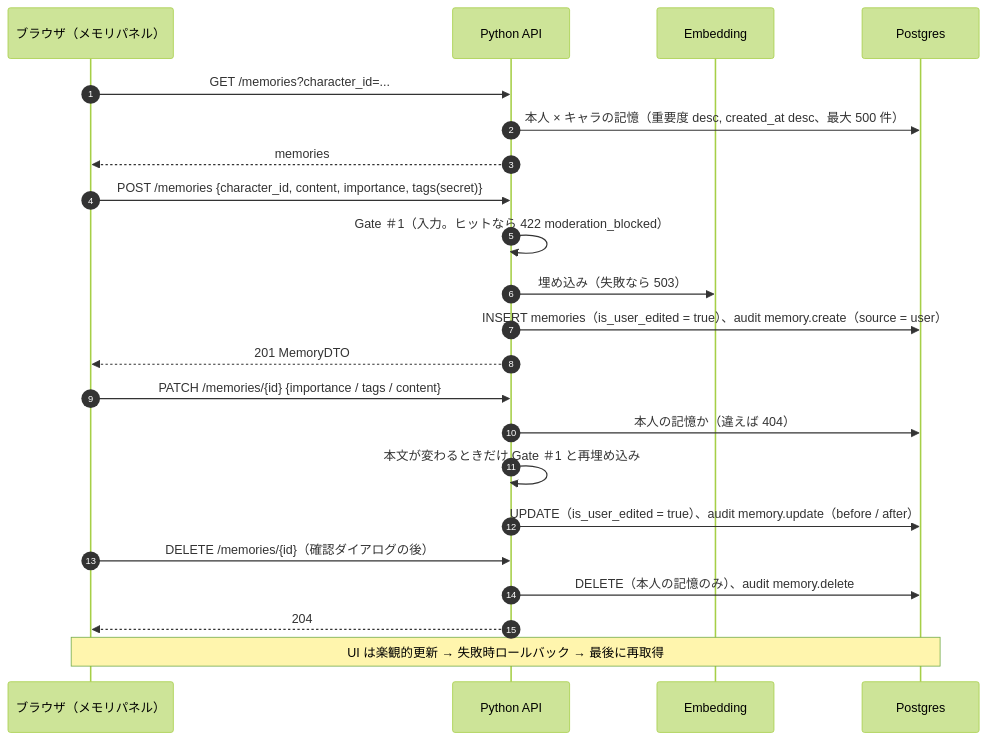
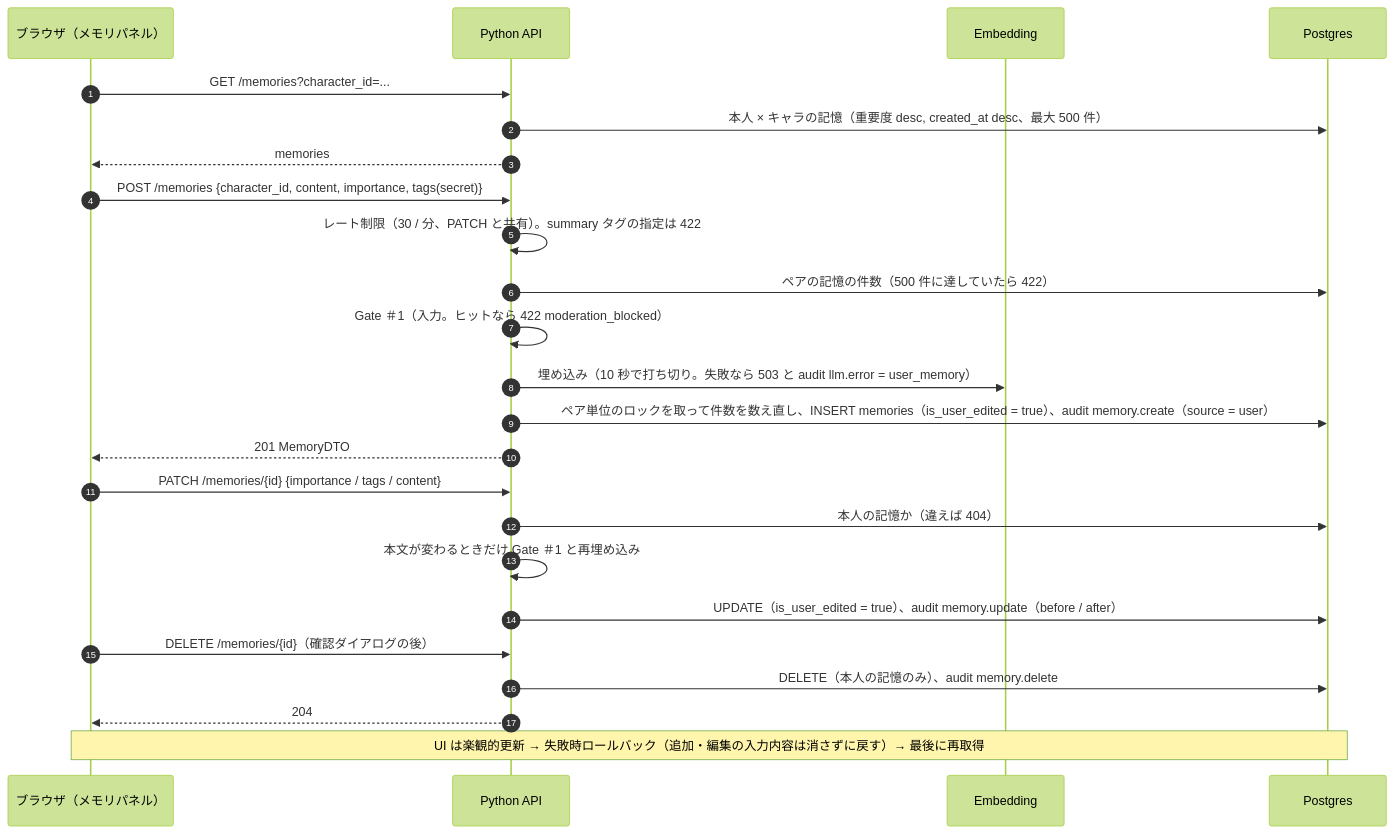
The seventh of 8 diagrams in docs/handover/02-data-flow.md (tasuku-kobayashi/everkano), drawn with Mermaid (forest theme) before and after one commit. The commit also changed other lines of this file and 91 other files, not shown here.

````diff
--- a/docs/handover/02-data-flow.md
+++ b/docs/handover/02-data-flow.md
@@ -222,24 +246,26 @@
 ```mermaid
 sequenceDiagram
   autonumber
   participant B as ブラウザ（メモリパネル）
   participant API as Python API
   participant E as Embedding
   participant DB as Postgres
   B->>API: GET /memories?character_id=...
   API->>DB: 本人 × キャラの記憶（重要度 desc, created_at desc、最大 500 件）
   API-->>B: memories
   B->>API: POST /memories {character_id, content, importance, tags(secret)}
+  API->>API: レート制限（30 / 分、PATCH と共有）。summary タグの指定は 422
+  API->>DB: ペアの記憶の件数（500 件に達していたら 422）
   API->>API: Gate ＃1（入力。ヒットなら 422 moderation_blocked）
-  API->>E: 埋め込み（失敗なら 503）
-  API->>DB: INSERT memories（is_user_edited = true）、audit memory.create（source = user）
+  API->>E: 埋め込み（10 秒で打ち切り。失敗なら 503 と audit llm.error = user_memory）
+  API->>DB: ペア単位のロックを取って件数を数え直し、INSERT memories（is_user_edited = true）、audit memory.create（source = user）
   API-->>B: 201 MemoryDTO
   B->>API: PATCH /memories/{id} {importance / tags / content}
   API->>DB: 本人の記憶か（違えば 404）
   API->>API: 本文が変わるときだけ Gate ＃1 と再埋め込み
   API->>DB: UPDATE（is_user_edited = true）、audit memory.update（before / after）
   B->>API: DELETE /memories/{id}（確認ダイアログの後）
   API->>DB: DELETE（本人の記憶のみ）、audit memory.delete
   API-->>B: 204
-  Note over B,DB: UI は楽観的更新 → 失敗時ロールバック → 最後に再取得
+  Note over B,DB: UI は楽観的更新 → 失敗時ロールバック（追加・編集の入力内容は消さずに戻す）→ 最後に再取得
 ```
````
